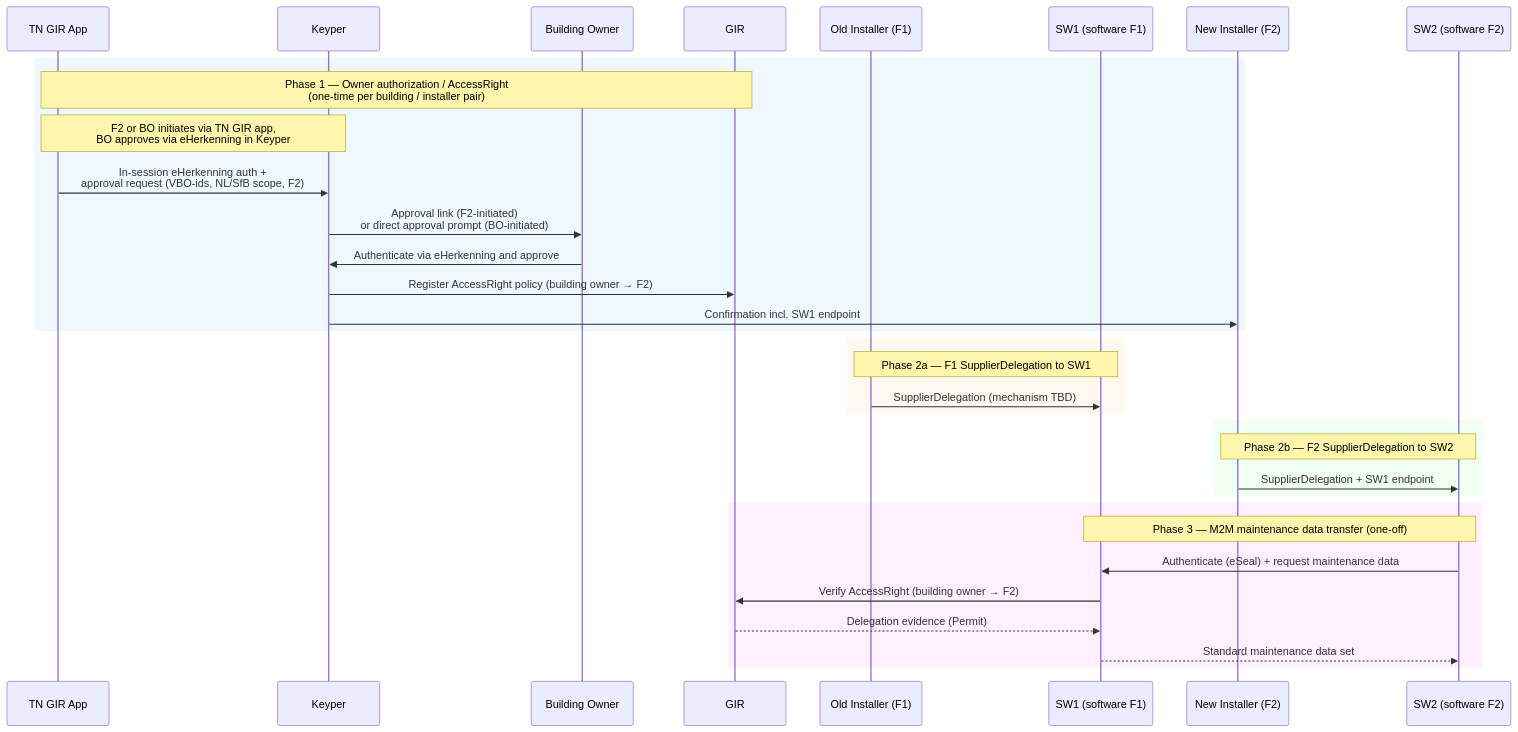
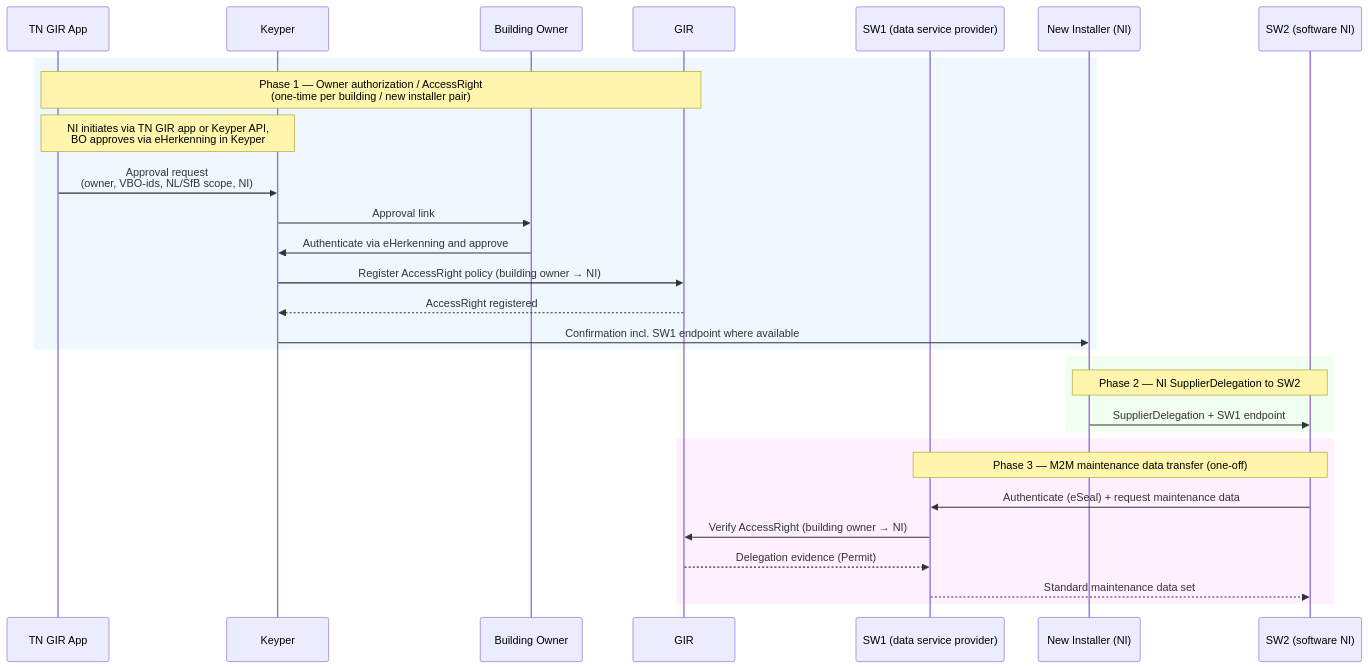
One commit to POORT8/Poort8.Docs changed the first of 4 diagrams in gir/digitaal-onderhoudsboekje-flow.md. Above: the diagram before and after it, drawn with Mermaid. The commit also changed other lines of this file, not shown here.

Commit message:
Deploy gir docs: 16401f811270ef80c4cfe5ac709ec64a58c09528

````diff
--- a/gir/digitaal-onderhoudsboekje-flow.md
+++ b/gir/digitaal-onderhoudsboekje-flow.md
@@ -31,39 +30,34 @@
 ```mermaid
 sequenceDiagram
     participant App as TN GIR App
     participant Keyper as Keyper
     participant Owner as Building Owner
     participant GIR as GIR
-    participant F1 as Old Installer (F1)
-    participant SW1 as SW1 (software F1)
-    participant F2 as New Installer (F2)
-    participant SW2 as SW2 (software F2)
+    participant SW1 as SW1 (data service provider)
+    participant NI as New Installer (NI)
+    participant SW2 as SW2 (software NI)
 
     rect rgb(240, 248, 255)
-        Note over App,GIR: Phase 1 — Owner authorization / AccessRight<br/>(one-time per building / installer pair)
-        Note over App,Keyper: F2 or BO initiates via TN GIR app,<br/>BO approves via eHerkenning in Keyper
-        App->>Keyper: In-session eHerkenning auth +<br/>approval request (VBO-ids, NL/SfB scope, F2)
-        Keyper->>Owner: Approval link (F2-initiated)<br/>or direct approval prompt (BO-initiated)
+      Note over App,GIR: Phase 1 — Owner authorization / AccessRight<br/>(one-time per building / new installer pair)
+        Note over App,Keyper: NI initiates via TN GIR app or Keyper API,<br/>BO approves via eHerkenning in Keyper
+        App->>Keyper: Approval request<br/>(owner, VBO-ids, NL/SfB scope, NI)
+        Keyper->>Owner: Approval link
         Owner->>Keyper: Authenticate via eHerkenning and approve
-        Keyper->>GIR: Register AccessRight policy (building owner → F2)
-        Keyper->>F2: Confirmation incl. SW1 endpoint
-    end
-
-    rect rgb(255, 248, 240)
-        Note over F1,SW1: Phase 2a — F1 SupplierDelegation to SW1
-        F1->>SW1: SupplierDelegation (mechanism TBD)
+        Keyper->>GIR: Register AccessRight policy (building owner → NI)
+      GIR-->>Keyper: AccessRight registered
+      Keyper->>NI: Confirmation incl. SW1 endpoint where available
     end
 
     rect rgb(240, 255, 240)
-        Note over F2,SW2: Phase 2b — F2 SupplierDelegation to SW2
-        F2->>SW2: SupplierDelegation + SW1 endpoint
+      Note over NI,SW2: Phase 2 — NI SupplierDelegation to SW2
+        NI->>SW2: SupplierDelegation + SW1 endpoint
     end
 
     rect rgb(255, 240, 255)
         Note over SW2,SW1: Phase 3 — M2M maintenance data transfer (one-off)
         SW2->>SW1: Authenticate (eSeal) + request maintenance data
-        SW1->>GIR: Verify AccessRight (building owner → F2)
+        SW1->>GIR: Verify AccessRight (building owner → NI)
         GIR-->>SW1: Delegation evidence (Permit)
         SW1-->>SW2: Standard maintenance data set
     end
 ```
````
